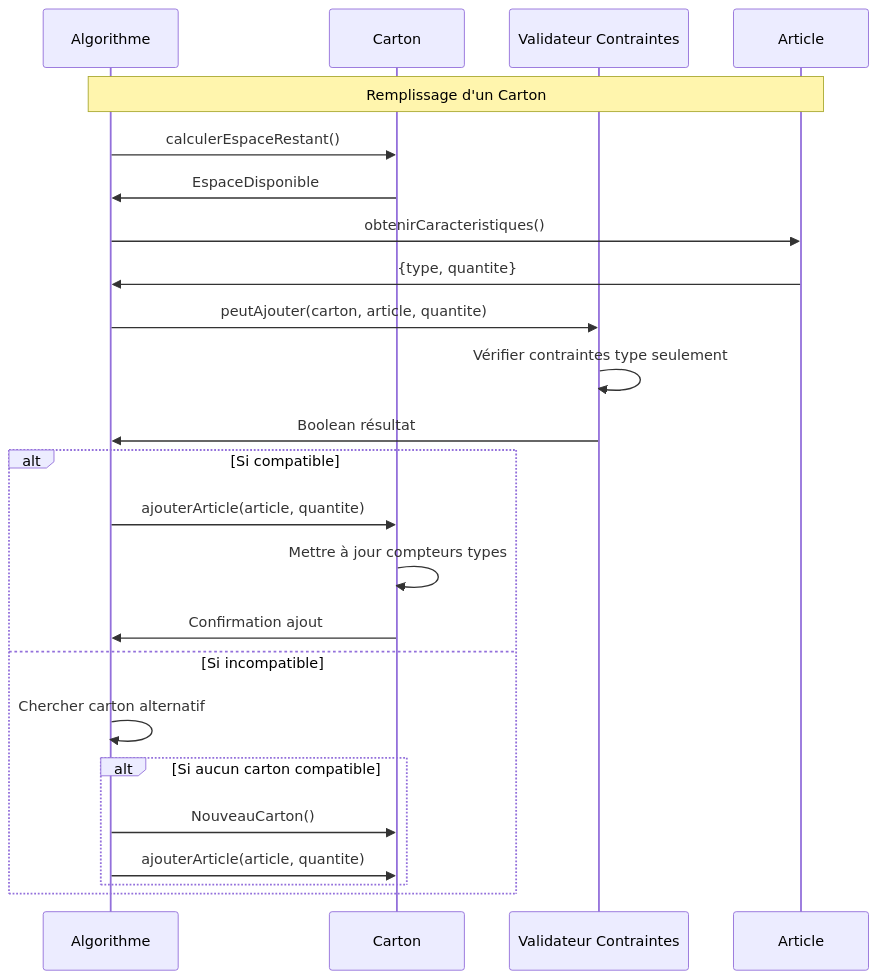
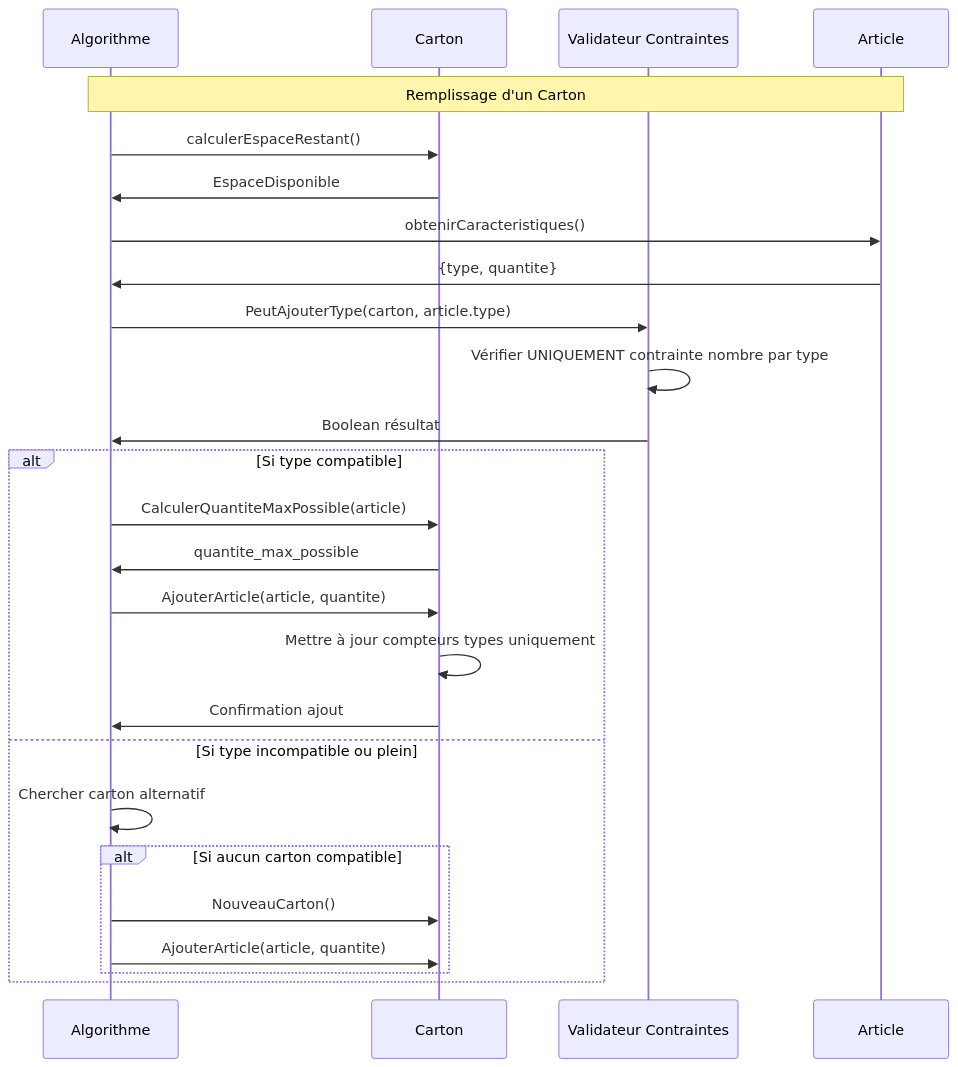
The fifth of 10 diagrams in algorithme_knapsack_modifie_criticite.md (Singularity-Institute/PTL-r-appro-), drawn with Mermaid before and after one commit. The commit also changed other lines of this file, not shown here.

````diff
--- a/algorithme_knapsack_modifie_criticite.md
+++ b/algorithme_knapsack_modifie_criticite.md
@@ -245,31 +245,33 @@
 ```mermaid
 sequenceDiagram
     participant Algo as Algorithme
     participant Carton as Carton
     participant Constraint as Validateur Contraintes
     participant Article as Article
     
     Note over Algo,Article: Remplissage d'un Carton
     
     Algo->>Carton: calculerEspaceRestant()
     Carton->>Algo: EspaceDisponible
     
     Algo->>Article: obtenirCaracteristiques()
     Article->>Algo: {type, quantite}
     
-    Algo->>Constraint: peutAjouter(carton, article, quantite)
-    Constraint->>Constraint: Vérifier contraintes type seulement
+    Algo->>Constraint: PeutAjouterType(carton, article.type)
+    Constraint->>Constraint: Vérifier UNIQUEMENT contrainte nombre par type
     Constraint->>Algo: Boolean résultat
-    
-    alt Si compatible
-        Algo->>Carton: ajouterArticle(article, quantite)
-        Carton->>Carton: Mettre à jour compteurs types
+
+    alt Si type compatible
+        Algo->>Carton: CalculerQuantiteMaxPossible(article)
+        Carton->>Algo: quantite_max_possible
+        Algo->>Carton: AjouterArticle(article, quantite)
+        Carton->>Carton: Mettre à jour compteurs types uniquement
         Carton->>Algo: Confirmation ajout
-    else Si incompatible
+    else Si type incompatible ou plein
         Algo->>Algo: Chercher carton alternatif
         alt Si aucun carton compatible
             Algo->>Carton: NouveauCarton()
-            Algo->>Carton: ajouterArticle(article, quantite)
+            Algo->>Carton: AjouterArticle(article, quantite)
         end
     end
 ```
````
